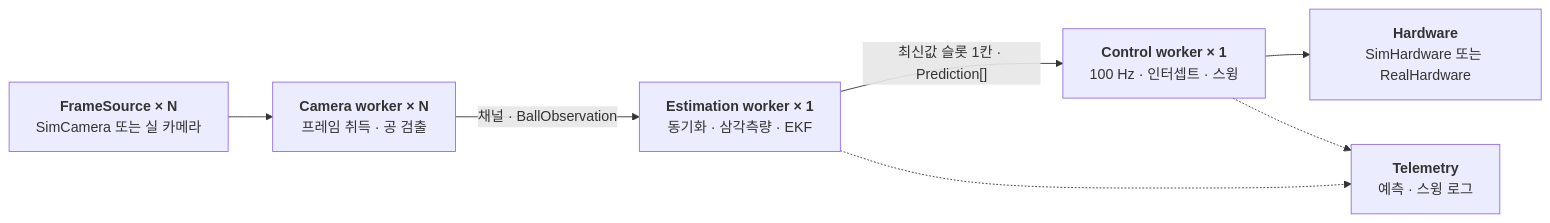
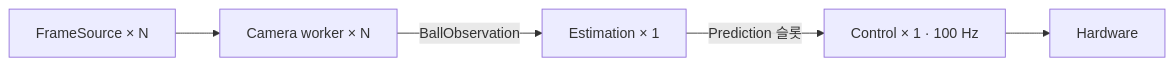
One commit to luv-all/pingpong-bot changed the second of 4 diagrams in README.md. Above: the diagram before and after it, drawn with Mermaid. The commit also changed other lines of this file, not shown here.

````diff
--- a/README.md
+++ b/README.md
@@ -187,16 +171,10 @@
 ```mermaid
 flowchart LR
-  frames["<b>FrameSource × N</b><br/>SimCamera 또는 실 카메라"]
-  camT["<b>Camera worker × N</b><br/>프레임 취득 · 공 검출"]
-  estT["<b>Estimation worker × 1</b><br/>동기화 · 삼각측량 · EKF"]
-  ctrlT["<b>Control worker × 1</b><br/>100 Hz · 인터셉트 · 스윙"]
-  actuator["<b>Hardware</b><br/>SimHardware 또는 RealHardware"]
-  telemetry["<b>Telemetry</b><br/>예측 · 스윙 로그"]
+  frames["FrameSource × N"]
+  camT["Camera worker × N"]
+  estT["Estimation × 1"]
+  ctrlT["Control × 1 · 100 Hz"]
+  actuator["Hardware"]
 
-  frames --> camT
-  camT -->|"채널 · BallObservation"| estT
-  estT -->|"최신값 슬롯 1칸 · Prediction[]"| ctrlT
-  ctrlT --> actuator
-  estT -.-> telemetry
-  ctrlT -.-> telemetry
+  frames --> camT -->|"BallObservation"| estT -->|"Prediction 슬롯"| ctrlT --> actuator
 ```
````
